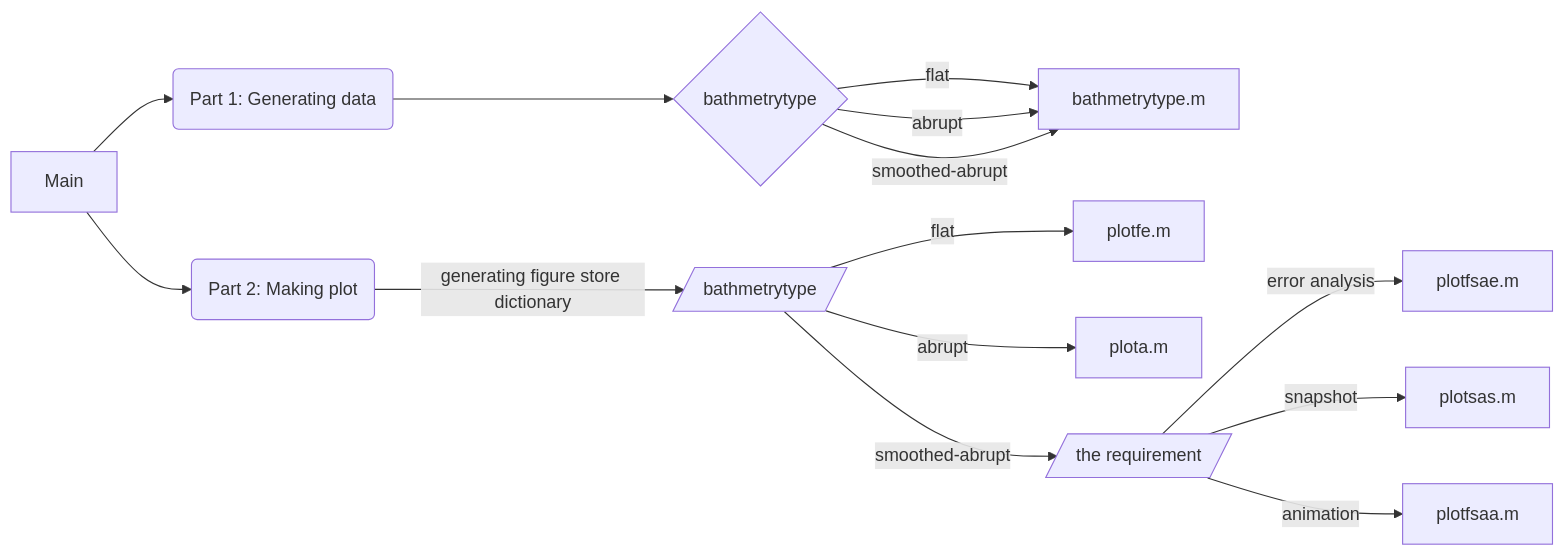
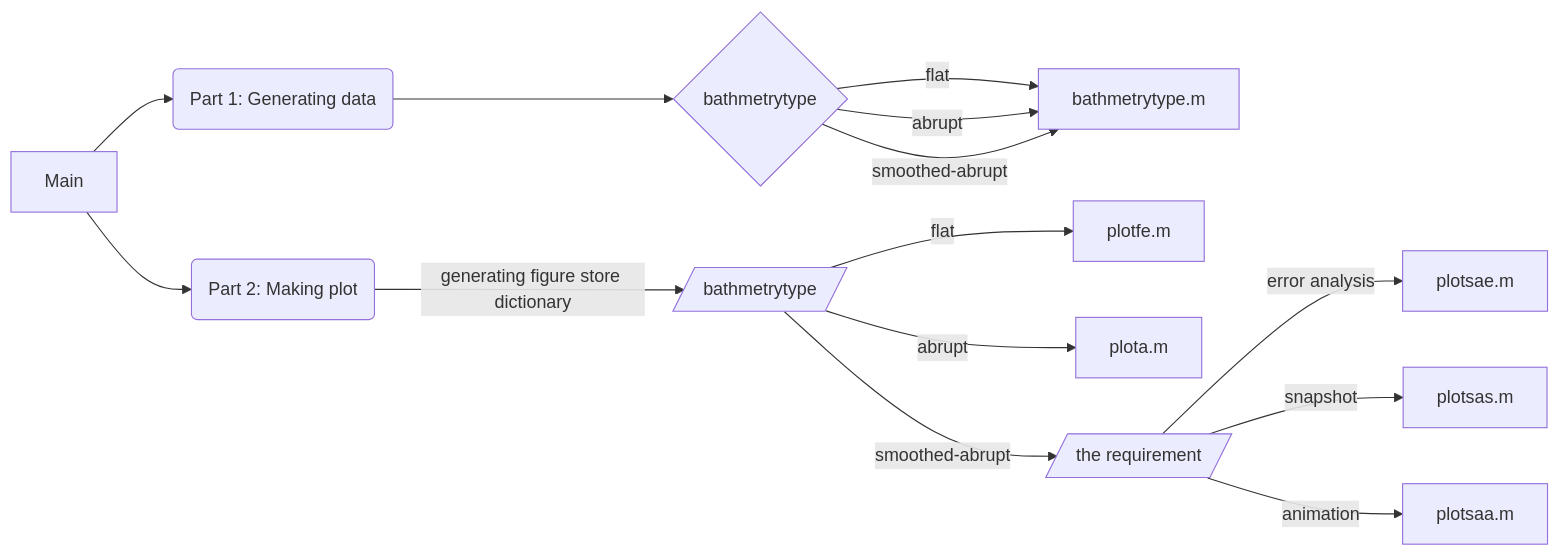
The diagram in Assignment3/Readme.md (Awecean/Computational-Method-of-Shallow-Water-Wave), drawn with Mermaid before and after one commit.

````diff
--- a/Assignment3/Readme.md
+++ b/Assignment3/Readme.md
@@ -4,20 +4,20 @@
 ```mermaid
 graph LR
    A[Main]-->B(Part 1: Generating data)
    A[Main]-->C(Part 2: Making plot)
    
    B --> D{bathmetrytype}
    D -->|flat| E[bathmetrytype.m]
    D -->|abrupt| E
    D -->|smoothed-abrupt| E
 
    C --> |generating figure store dictionary| F[/bathmetrytype/]
    F --> |flat| G[plotfe.m]
    F --> |abrupt| H[plota.m]
    F --> |smoothed-abrupt| I[/the requirement/]
 
-   I --> |error analysis| J[plotfsae.m]
+   I --> |error analysis| J[plotsae.m]
    I --> |snapshot| K[plotsas.m]
-   I --> |animation| L[plotfsaa.m]
+   I --> |animation| L[plotsaa.m]
 
 ```
````
